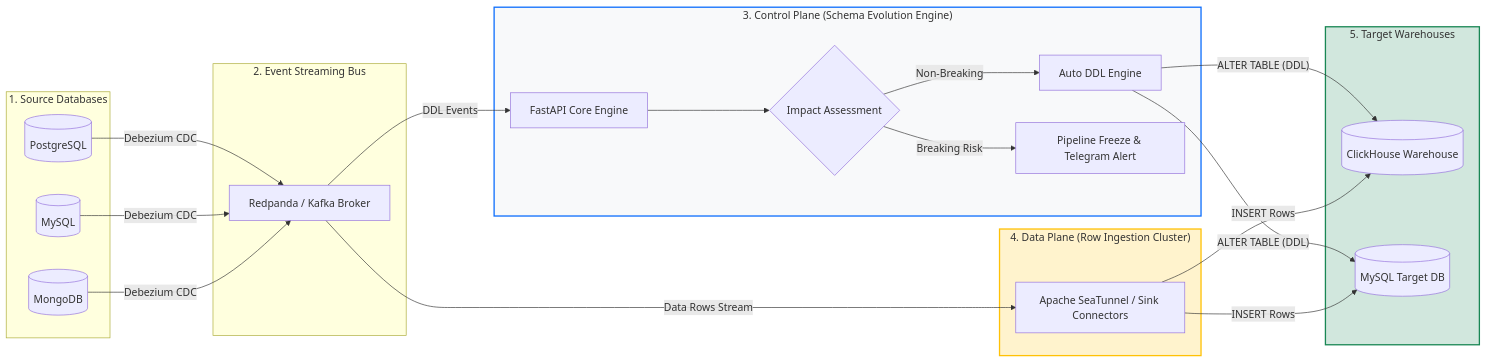
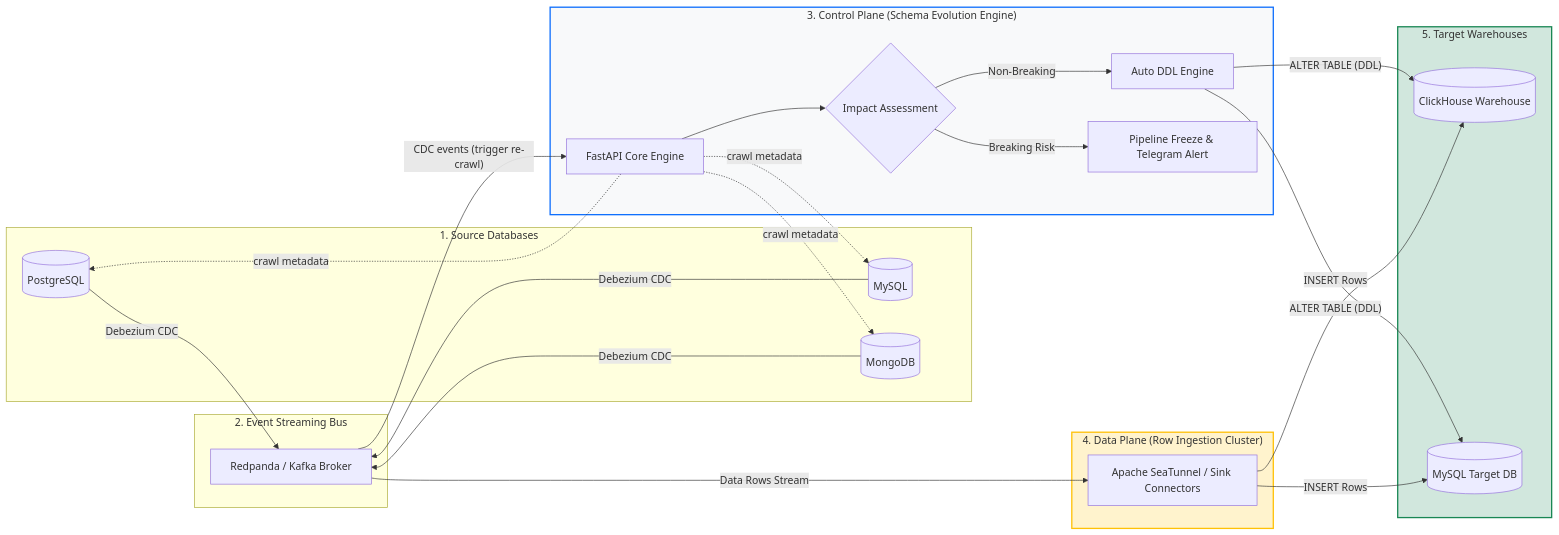
The diagram in README.md (HakoNguyen/schema_evolution), drawn with Mermaid before and after one commit. The commit also changed other lines of this file and 1552 other files, not shown here.

````diff
--- a/README.md
+++ b/README.md
@@ -44,45 +46,46 @@
 ```mermaid
 graph LR
     subgraph SOURCES["1. Source Databases"]
         PG[("PostgreSQL")]
         MY[("MySQL")]
         MG[("MongoDB")]
     end
 
     subgraph BUS["2. Event Streaming Bus"]
         K["Redpanda / Kafka Broker"]
     end
 
     subgraph CONTROL["3. Control Plane (Schema Evolution Engine)"]
         E["FastAPI Core Engine"]
         C{"Impact Assessment"}
         AUTO["Auto DDL Engine"]
         FREEZE["Pipeline Freeze & Telegram Alert"]
     end
 
     subgraph DATA["4. Data Plane (Row Ingestion Cluster)"]
         ST["Apache SeaTunnel / Sink Connectors"]
     end
 
     subgraph TARGETS["5. Target Warehouses"]
         CH[("ClickHouse Warehouse")]
         TGT[("MySQL Target DB")]
     end
 
     PG & MY & MG -->|Debezium CDC| K
 
     %% Parallel Control Plane Flow (DDL & Schema Evolution)
-    K -->|"DDL Events"| E
+    K -->|"CDC events (trigger re-crawl)"| E
+    E -.->|"crawl metadata"| PG & MY & MG
     E --> C
     C -->|"Non-Breaking"| AUTO
     C -->|"Breaking Risk"| FREEZE
     AUTO -->|"ALTER TABLE (DDL)"| CH & TGT
 
     %% Parallel Data Plane Flow (Row Ingestion)
     K -->|"Data Rows Stream"| ST
     ST -->|"INSERT Rows"| CH & TGT
 
     style CONTROL fill:#f8f9fa,stroke:#0d6efd,stroke-width:2px
     style DATA fill:#fff3cd,stroke:#ffc107,stroke-width:2px
     style TARGETS fill:#d1e7dd,stroke:#198754,stroke-width:2px
 ```
````
